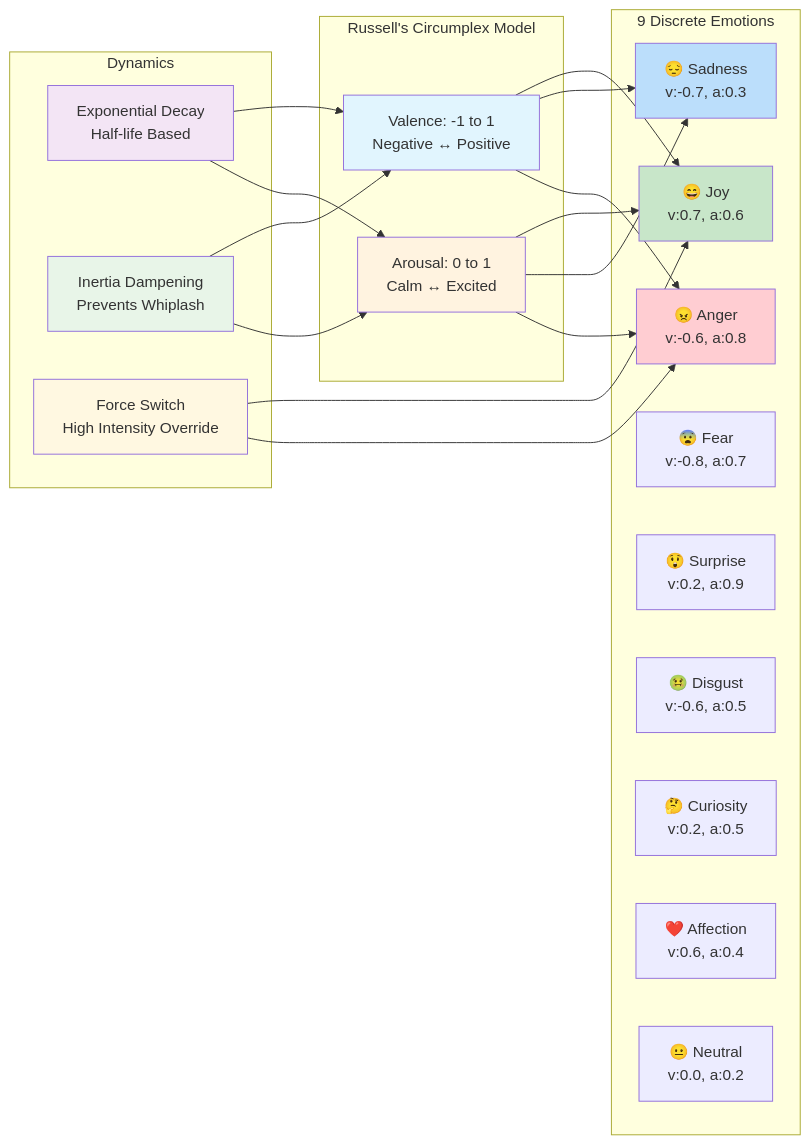
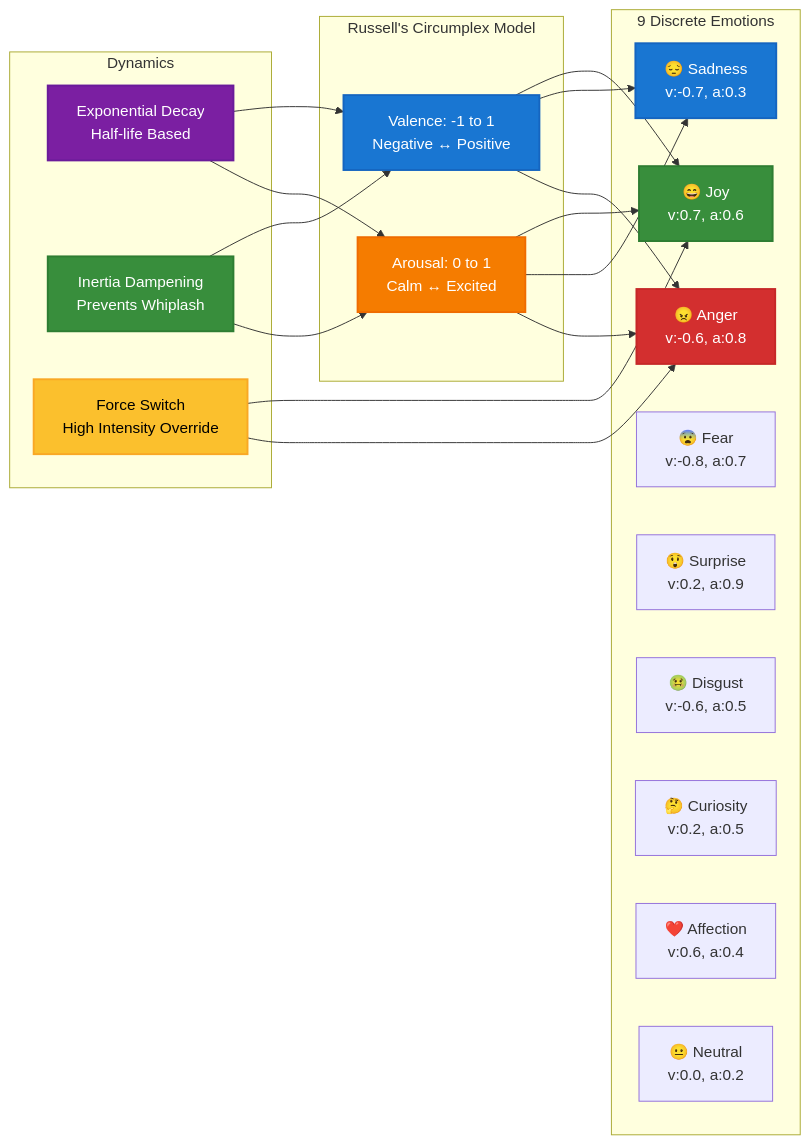
One commit to dimitarbez/emotion-bot changed the third of 3 diagrams in README.md. Above: the diagram before and after it, drawn with Mermaid. The commit also changed other lines of this file, not shown here.

Commit message:
style: update diagram colors for improved visibility and consistency

````diff
--- a/README.md
+++ b/README.md
@@ -206,48 +206,48 @@
 ```mermaid
 graph LR
     subgraph "Russell's Circumplex Model"
         VA[Valence: -1 to 1<br/>Negative ↔ Positive]
         AR[Arousal: 0 to 1<br/>Calm ↔ Excited]
     end
 
     subgraph "9 Discrete Emotions"
         JOY[😄 Joy<br/>v:0.7, a:0.6]
         SAD[😔 Sadness<br/>v:-0.7, a:0.3]
         ANG[😠 Anger<br/>v:-0.6, a:0.8]
         FEAR[😨 Fear<br/>v:-0.8, a:0.7]
         SURP[😲 Surprise<br/>v:0.2, a:0.9]
         DISG[🤢 Disgust<br/>v:-0.6, a:0.5]
         CUR[🤔 Curiosity<br/>v:0.2, a:0.5]
         AFF[❤️ Affection<br/>v:0.6, a:0.4]
         NEU[😐 Neutral<br/>v:0.0, a:0.2]
     end
 
     subgraph "Dynamics"
         DECAY[Exponential Decay<br/>Half-life Based]
         INERT[Inertia Dampening<br/>Prevents Whiplash]
         FORCE[Force Switch<br/>High Intensity Override]
     end
 
     VA --> JOY
     VA --> SAD
     VA --> ANG
     AR --> JOY
     AR --> SAD
     AR --> ANG
     
     DECAY --> VA
     DECAY --> AR
     INERT --> VA
     INERT --> AR
     FORCE --> JOY
     FORCE --> ANG
 
-    style VA fill:#e1f5fe
-    style AR fill:#fff3e0
-    style JOY fill:#c8e6c9
-    style SAD fill:#bbdefb
-    style ANG fill:#ffcdd2
-    style DECAY fill:#f3e5f5
-    style INERT fill:#e8f5e8
-    style FORCE fill:#fff8e1
+    style VA fill:#1976d2,stroke:#1565c0,stroke-width:2px,color:#ffffff
+    style AR fill:#f57c00,stroke:#ef6c00,stroke-width:2px,color:#ffffff
+    style JOY fill:#388e3c,stroke:#2e7d32,stroke-width:2px,color:#ffffff
+    style SAD fill:#1976d2,stroke:#1565c0,stroke-width:2px,color:#ffffff
+    style ANG fill:#d32f2f,stroke:#c62828,stroke-width:2px,color:#ffffff
+    style DECAY fill:#7b1fa2,stroke:#6a1b9a,stroke-width:2px,color:#ffffff
+    style INERT fill:#388e3c,stroke:#2e7d32,stroke-width:2px,color:#ffffff
+    style FORCE fill:#fbc02d,stroke:#f9a825,stroke-width:2px,color:#000000
 ```
````
